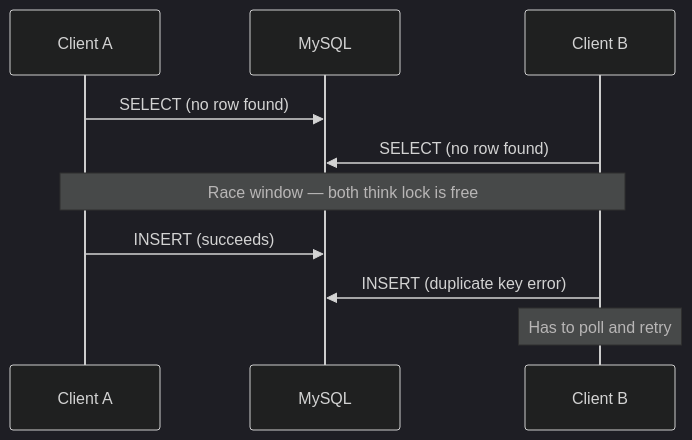
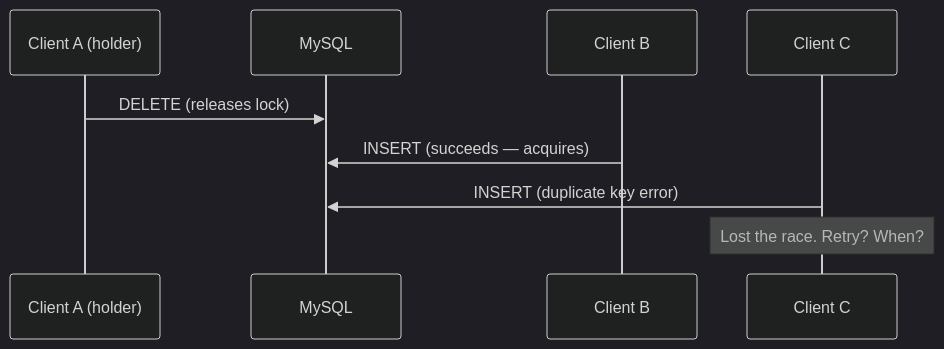
The first of 10 diagrams in distributed_locks_using_db/readme.md (remidinishanth/distributed_systems), drawn with Mermaid (dark theme) before and after one commit. The commit also changed other lines of this file, not shown here.

````diff
--- a/distributed_locks_using_db/readme.md
+++ b/distributed_locks_using_db/readme.md
@@ -50,12 +50,11 @@
 ```mermaid
 sequenceDiagram
-    participant A as Client A
+    participant A as Client A (holder)
     participant DB as MySQL
     participant B as Client B
-    A->>DB: SELECT (no row found)
-    B->>DB: SELECT (no row found)
-    Note over A,B: Race window — both think lock is free
-    A->>DB: INSERT (succeeds)
-    B->>DB: INSERT (duplicate key error)
-    Note over B: Has to poll and retry
+    participant C as Client C
+    A->>DB: DELETE (releases lock)
+    B->>DB: INSERT (succeeds — acquires)
+    C->>DB: INSERT (duplicate key error)
+    Note over C: Lost the race. Retry? When?
 ```
````
